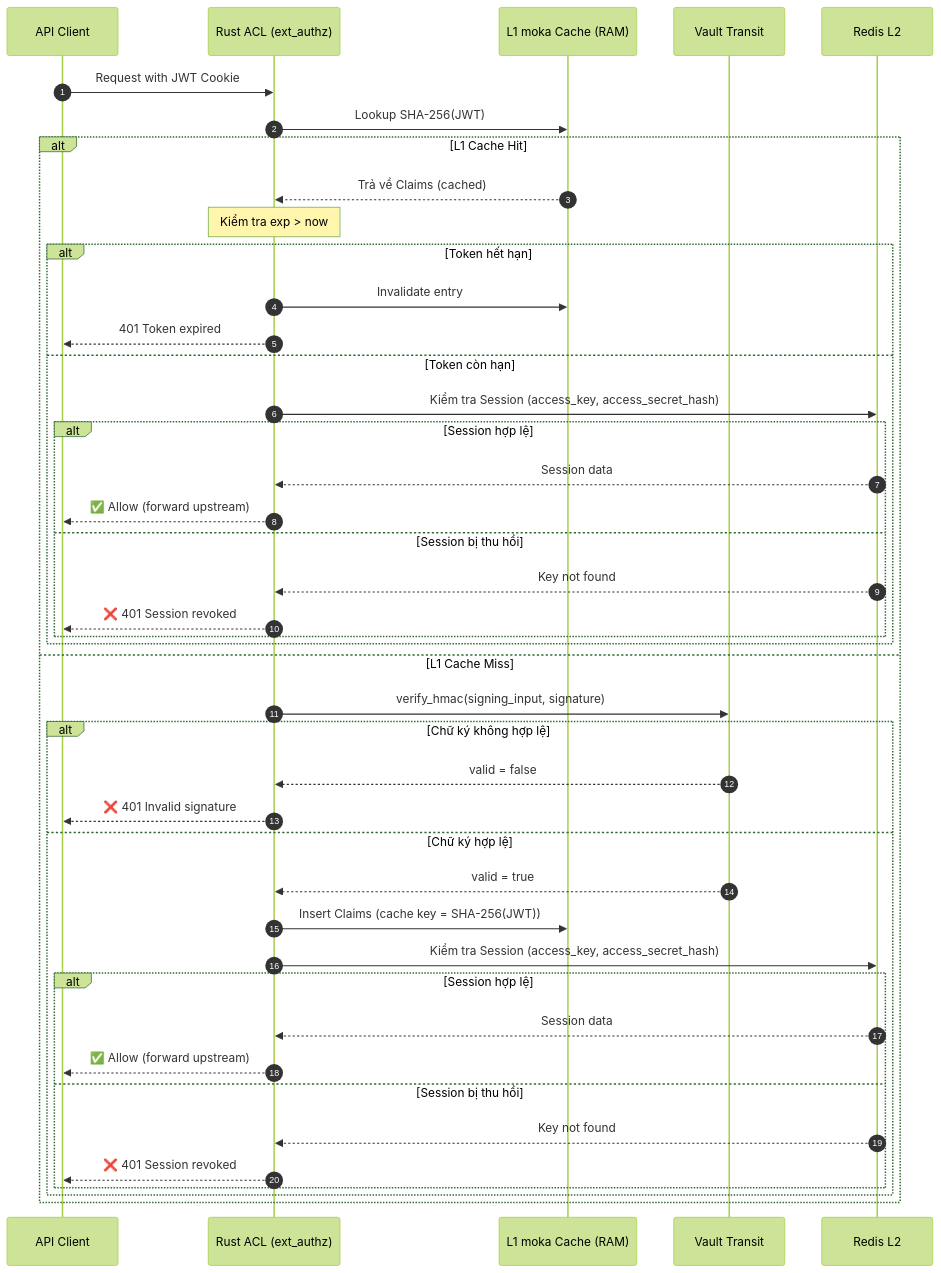
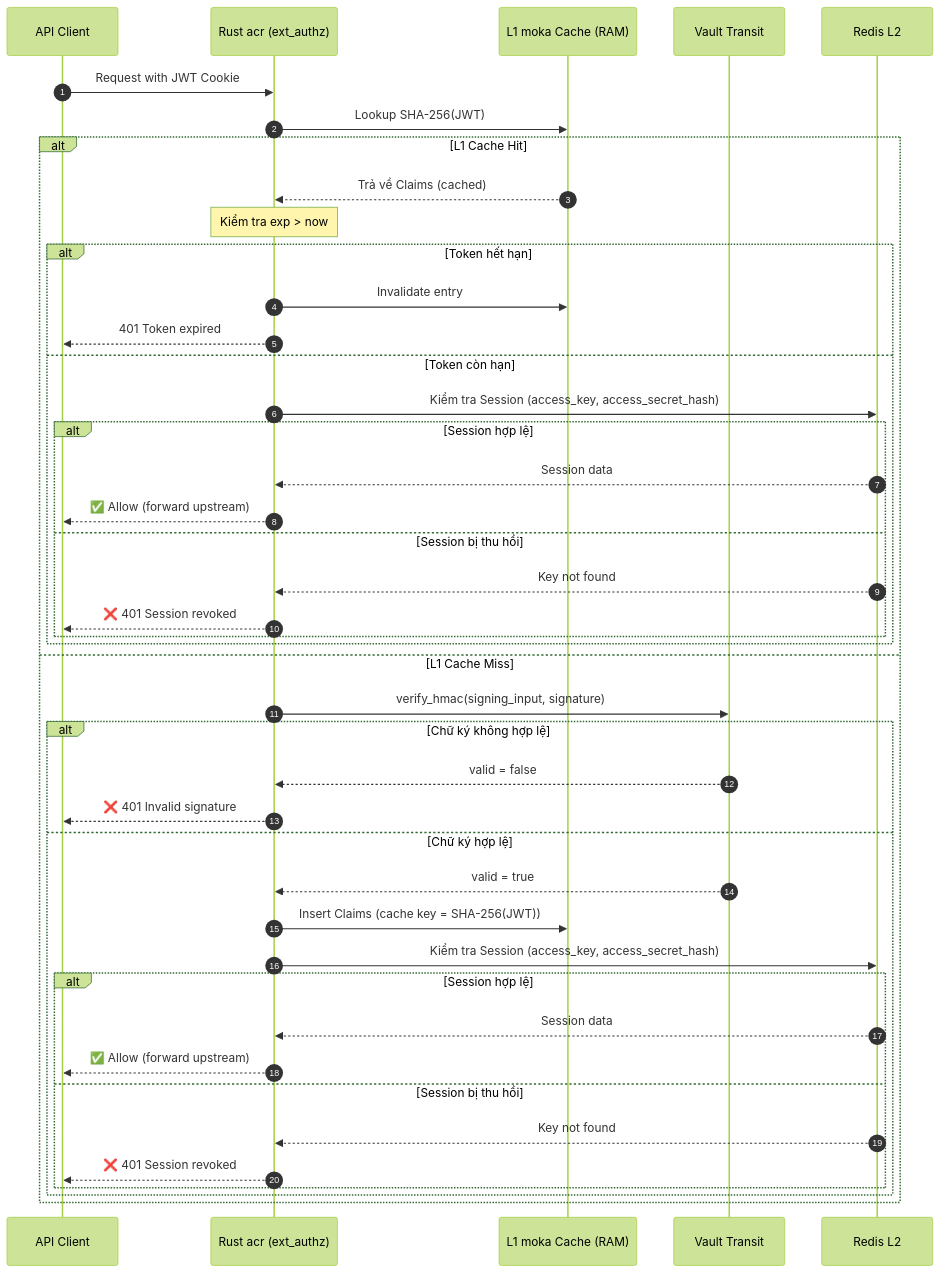
Before and after one commit to phucle996/aurora: the fourth of 4 diagrams in god_view/acr/sre_login_god_view_workflow.md, drawn with Mermaid (forest theme). The commit also changed other lines of this file and 72 other files, not shown here.

````diff
--- a/god_view/acr/sre_login_god_view_workflow.md
+++ b/god_view/acr/sre_login_god_view_workflow.md
@@ -175,47 +175,47 @@
 ```mermaid
 sequenceDiagram
     autonumber
     participant Client as API Client
-    participant ACL as Rust ACL (ext_authz)
+    participant acr as Rust acr (ext_authz)
     participant Moka as L1 moka Cache (RAM)
     participant Vault as Vault Transit
     participant Redis as Redis L2
 
-    Client->>ACL: Request with JWT Cookie
-    ACL->>Moka: Lookup SHA-256(JWT)
+    Client->>acr: Request with JWT Cookie
+    acr->>Moka: Lookup SHA-256(JWT)
     
     alt L1 Cache Hit
-        Moka-->>ACL: Trả về Claims (cached)
-        Note over ACL: Kiểm tra exp > now
+        Moka-->>acr: Trả về Claims (cached)
+        Note over acr: Kiểm tra exp > now
         alt Token hết hạn
-            ACL->>Moka: Invalidate entry
-            ACL-->>Client: 401 Token expired
+            acr->>Moka: Invalidate entry
+            acr-->>Client: 401 Token expired
         else Token còn hạn
-            ACL->>Redis: Kiểm tra Session (access_key, access_secret_hash)
+            acr->>Redis: Kiểm tra Session (access_key, access_secret_hash)
             alt Session hợp lệ
-                Redis-->>ACL: Session data
-                ACL-->>Client: ✅ Allow (forward upstream)
+                Redis-->>acr: Session data
+                acr-->>Client: ✅ Allow (forward upstream)
             else Session bị thu hồi
-                Redis-->>ACL: Key not found
-                ACL-->>Client: ❌ 401 Session revoked
+                Redis-->>acr: Key not found
+                acr-->>Client: ❌ 401 Session revoked
             end
         end
     else L1 Cache Miss
-        ACL->>Vault: verify_hmac(signing_input, signature)
+        acr->>Vault: verify_hmac(signing_input, signature)
         alt Chữ ký không hợp lệ
-            Vault-->>ACL: valid = false
-            ACL-->>Client: ❌ 401 Invalid signature
+            Vault-->>acr: valid = false
+            acr-->>Client: ❌ 401 Invalid signature
         else Chữ ký hợp lệ
-            Vault-->>ACL: valid = true
-            ACL->>Moka: Insert Claims (cache key = SHA-256(JWT))
-            ACL->>Redis: Kiểm tra Session (access_key, access_secret_hash)
+            Vault-->>acr: valid = true
+            acr->>Moka: Insert Claims (cache key = SHA-256(JWT))
+            acr->>Redis: Kiểm tra Session (access_key, access_secret_hash)
             alt Session hợp lệ
-                Redis-->>ACL: Session data
-                ACL-->>Client: ✅ Allow (forward upstream)
+                Redis-->>acr: Session data
+                acr-->>Client: ✅ Allow (forward upstream)
             else Session bị thu hồi
-                Redis-->>ACL: Key not found
-                ACL-->>Client: ❌ 401 Session revoked
+                Redis-->>acr: Key not found
+                acr-->>Client: ❌ 401 Session revoked
             end
         end
     end
 ```
````
